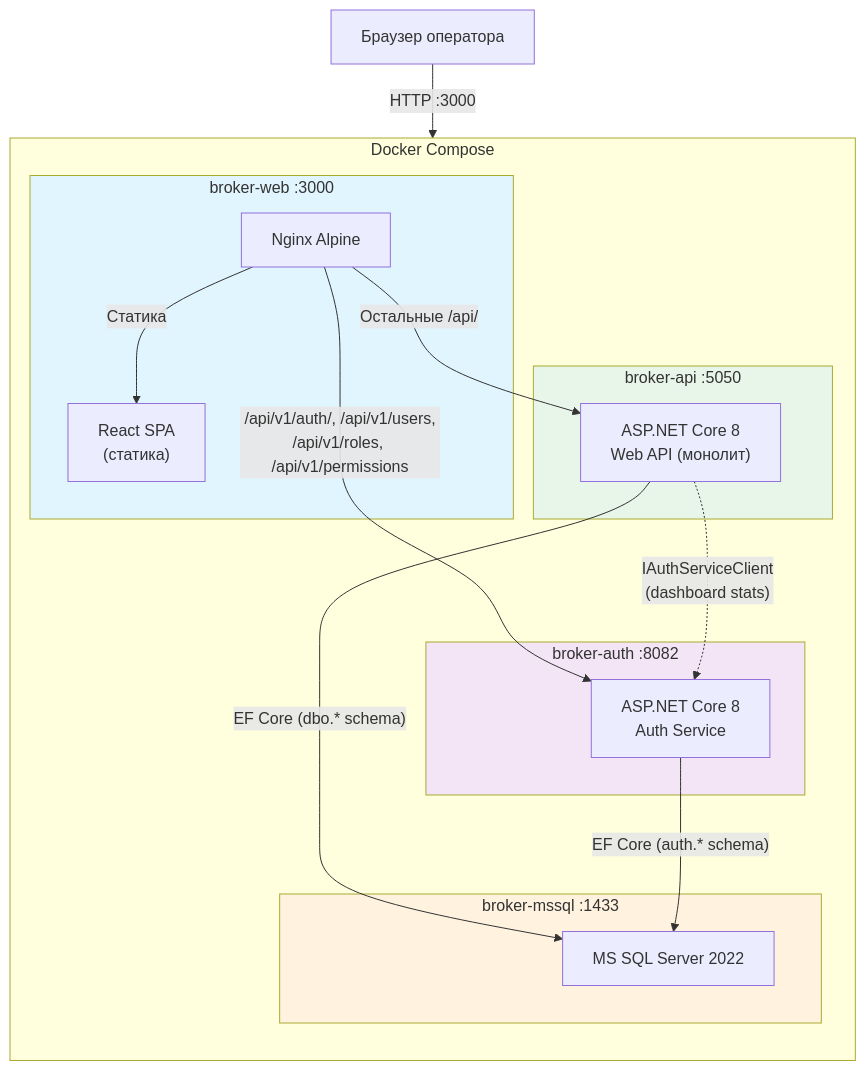
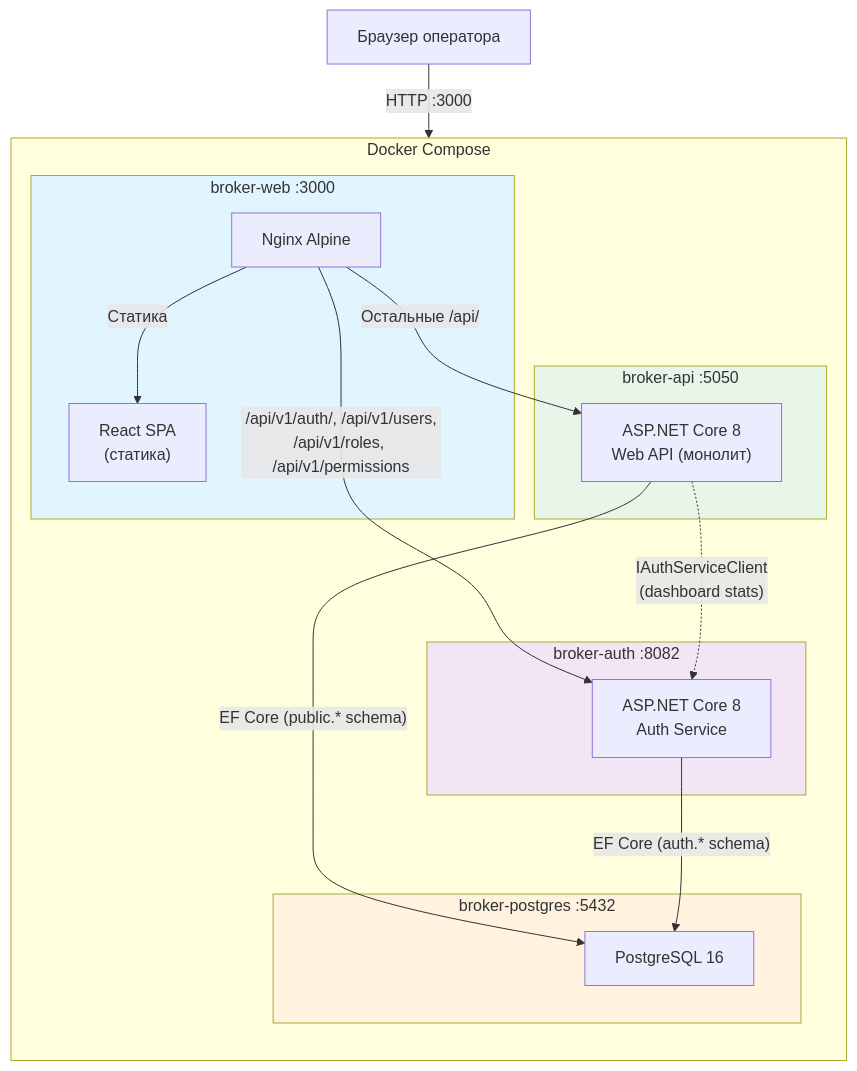
The second of 5 diagrams in docs/architecture/02-system-context.md (bebeleeloo/backoffice), drawn with Mermaid before and after one commit. The commit also changed other lines of this file and 125 other files, not shown here.

First line of the commit message:
Migrate from MS SQL Server to PostgreSQL 16

````diff
--- a/docs/architecture/02-system-context.md
+++ b/docs/architecture/02-system-context.md
@@ -21,36 +21,36 @@
 ```mermaid
 flowchart TB
     subgraph Docker["Docker Compose"]
         direction TB
 
         subgraph web["broker-web :3000"]
             nginx["Nginx Alpine"]
             spa["React SPA<br/>(статика)"]
         end
 
         subgraph auth["broker-auth :8082"]
             authsvc["ASP.NET Core 8<br/>Auth Service"]
         end
 
         subgraph api["broker-api :5050"]
             dotnet["ASP.NET Core 8<br/>Web API (монолит)"]
         end
 
-        subgraph db["broker-mssql :1433"]
-            mssql["MS SQL Server 2022"]
+        subgraph db["broker-postgres :5432"]
+            postgres["PostgreSQL 16"]
         end
     end
 
     browser["Браузер оператора"] -->|"HTTP :3000"| nginx
     nginx -->|"Статика"| spa
     nginx -->|"/api/v1/auth/, /api/v1/users,<br/>/api/v1/roles, /api/v1/permissions"| authsvc
     nginx -->|"Остальные /api/"| dotnet
-    dotnet -->|"EF Core (dbo.* schema)"| mssql
-    authsvc -->|"EF Core (auth.* schema)"| mssql
+    dotnet -->|"EF Core (public.* schema)"| postgres
+    authsvc -->|"EF Core (auth.* schema)"| postgres
     dotnet -.->|"IAuthServiceClient<br/>(dashboard stats)"| authsvc
 
     style web fill:#e1f5fe
     style auth fill:#f3e5f5
     style api fill:#e8f5e9
     style db fill:#fff3e0
 ```
````
